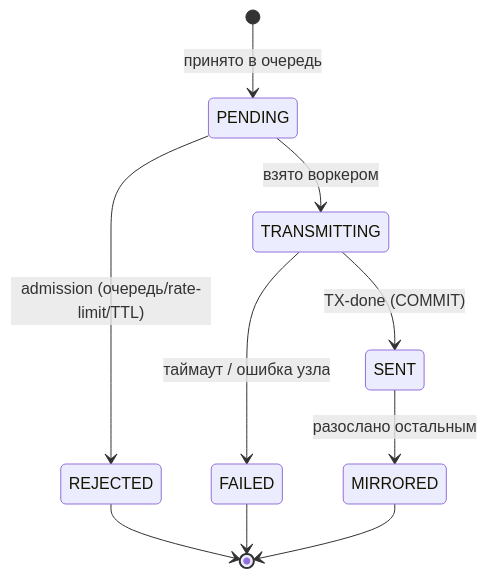
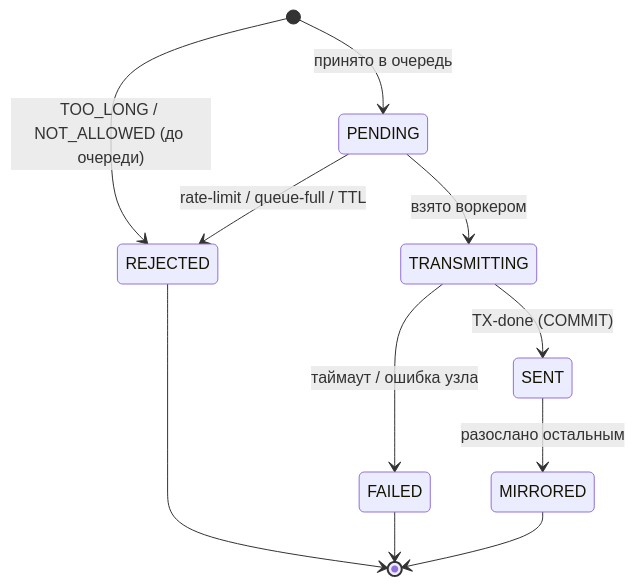
One commit to Flexlug/LoRa-Bridge changed the eighth of 10 diagrams in docs/ARCHITECTURE.md. Above: the diagram before and after it, drawn with Mermaid. The commit also changed other lines of this file, not shown here.

````diff
--- a/docs/ARCHITECTURE.md
+++ b/docs/ARCHITECTURE.md
@@ -488,12 +552,13 @@
 ```mermaid
 stateDiagram-v2
+    [*] --> REJECTED: TOO_LONG / NOT_ALLOWED (до очереди)
     [*] --> PENDING: принято в очередь
-    PENDING --> REJECTED: admission (очередь/rate-limit/TTL)
+    PENDING --> REJECTED: rate-limit / queue-full / TTL
     PENDING --> TRANSMITTING: взято воркером
     TRANSMITTING --> SENT: TX-done (COMMIT)
     TRANSMITTING --> FAILED: таймаут / ошибка узла
     SENT --> MIRRORED: разослано остальным
     REJECTED --> [*]
     FAILED --> [*]
     MIRRORED --> [*]
 ```
````
